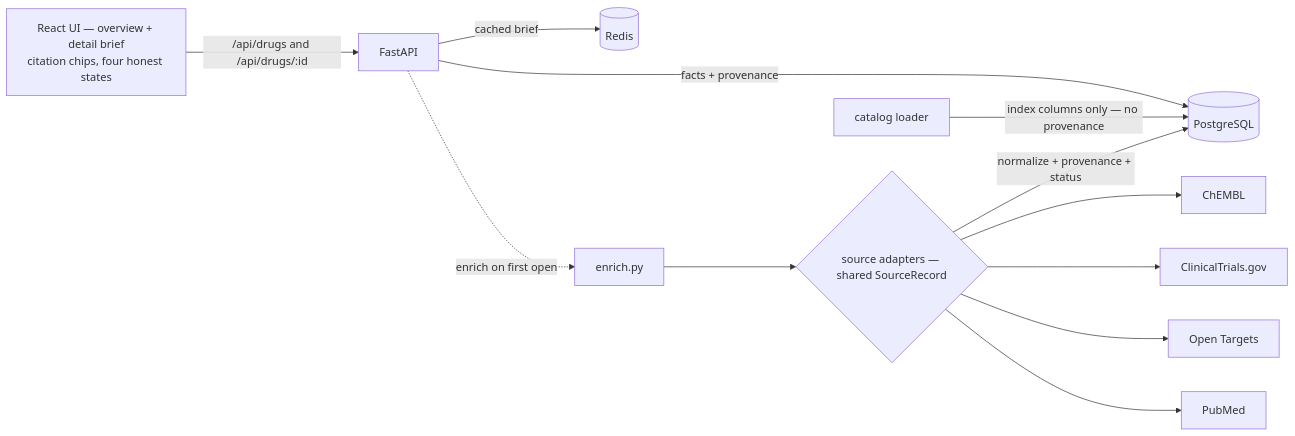
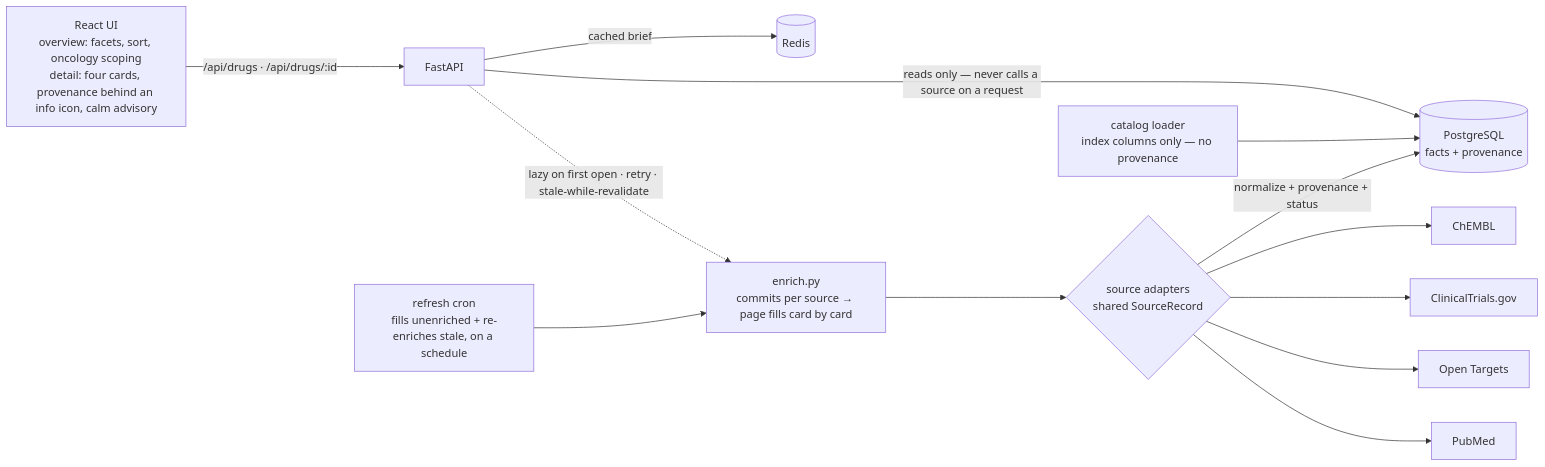
Before and after one commit to AlsoTheZv3n/h2h-research-v2: the diagram in README.md, drawn with Mermaid. The commit also changed other lines of this file and 1 other file, not shown here.

First line of the commit message:
README: bring the demo and architecture up to date with this session's work

````diff
--- a/README.md
+++ b/README.md
@@ -130,14 +137,15 @@
 ```mermaid
 flowchart LR
-  UI["React UI — overview + detail brief<br/>citation chips, four honest states"] -->|"/api/drugs and /api/drugs/:id"| API[FastAPI]
+  UI["React UI<br/>overview: facets, sort, oncology scoping<br/>detail: four cards, provenance behind an info icon, calm advisory"] -->|"/api/drugs · /api/drugs/:id"| API[FastAPI]
+  API -->|"reads only — never calls a source on a request"| DB[("PostgreSQL<br/>facts + provenance")]
   API -->|cached brief| REDIS[(Redis)]
-  API -->|"facts + provenance"| DB[("PostgreSQL")]
-  API -. "enrich on first open" .-> ENR["enrich.py"]
-  CAT["catalog loader"] -->|"index columns only — no provenance"| DB
-  ENR --> AD{"source adapters — shared SourceRecord"}
+  API -. "lazy on first open · retry · stale-while-revalidate" .-> ENR["enrich.py<br/>commits per source → page fills card by card"]
+  CRON["refresh cron<br/>fills unenriched + re-enriches stale, on a schedule"] --> ENR
+  CAT["catalog loader<br/>index columns only — no provenance"] --> DB
+  ENR --> AD{"source adapters<br/>shared SourceRecord"}
   AD --> CH[ChEMBL]
   AD --> CT[ClinicalTrials.gov]
   AD --> OT[Open Targets]
   AD --> PM[PubMed]
   AD -->|"normalize + provenance + status"| DB
 ```
````
